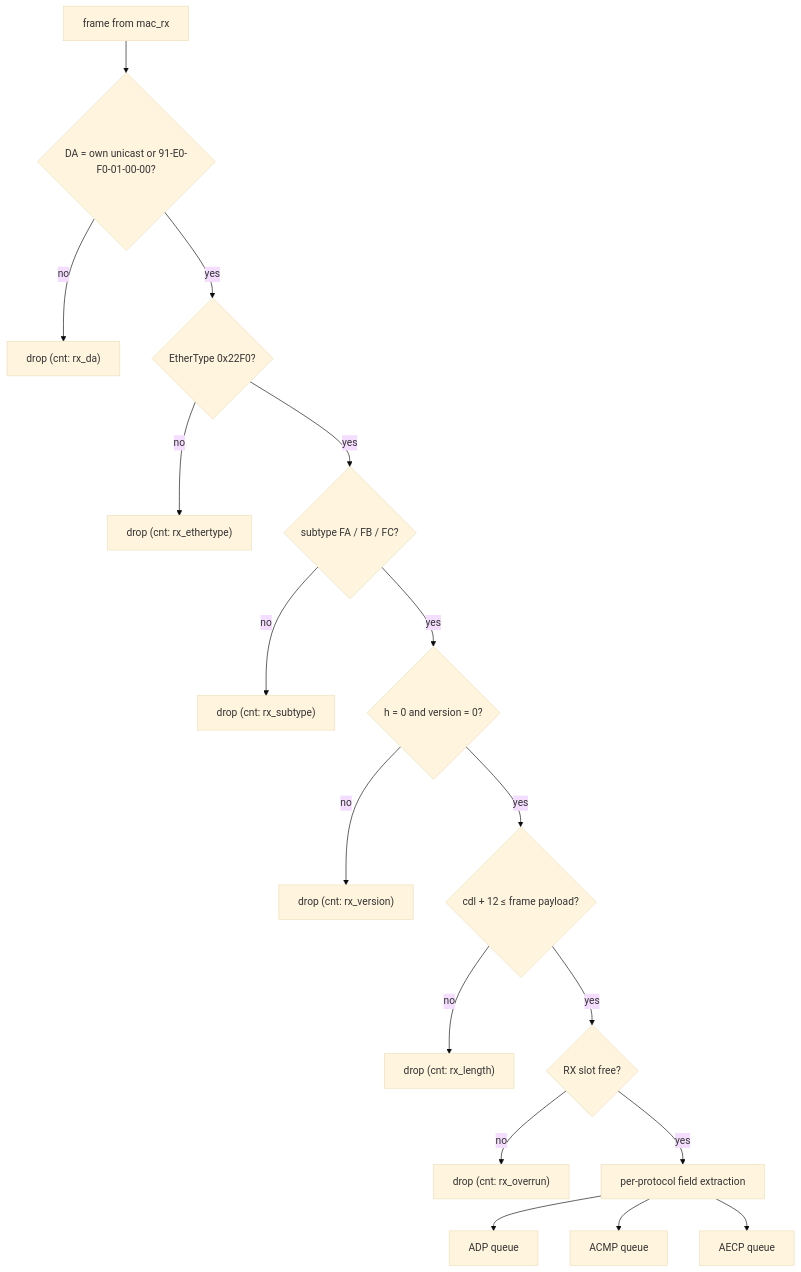
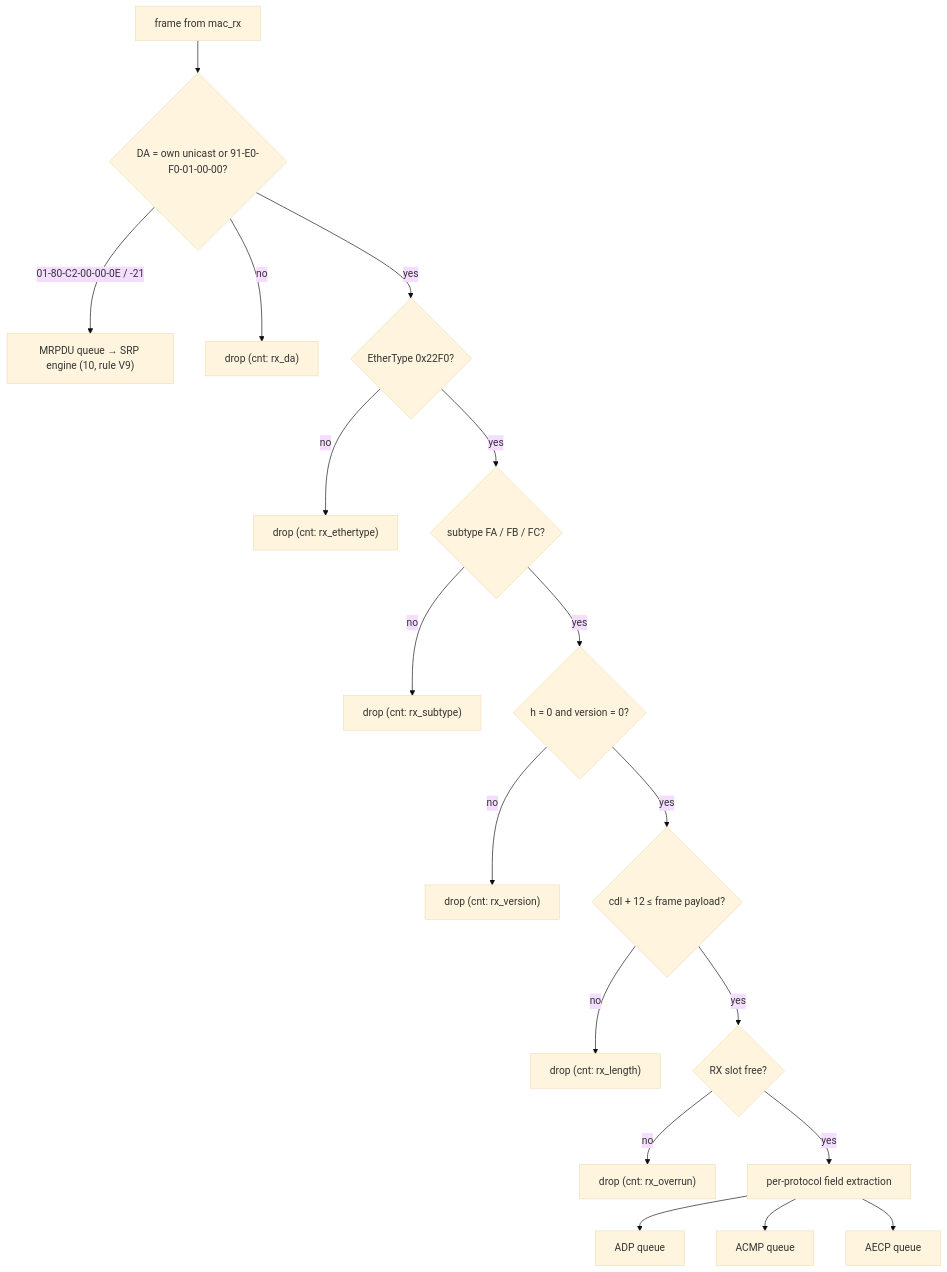
Before and after one commit to Mister-M-alt/protocol-processor-control-plane-avb-milan: the first of 3 diagrams in docs/architecture/03_packet_engine.md, drawn with Mermaid (base theme). The commit also changed other lines of this file and 12 other files, not shown here.

Commit message:
Add SRP endpoint engine document

````diff
--- a/docs/architecture/03_packet_engine.md
+++ b/docs/architecture/03_packet_engine.md
@@ -35,19 +35,20 @@
 ```mermaid
 flowchart TB
   in["frame from mac_rx"] --> da{"DA = own unicast or 91-E0-F0-01-00-00?"}
+  da -- "01-80-C2-00-00-0E / -21" --> mrp["MRPDU queue → SRP engine (10, rule V9)"]
   da -- no --> drop1["drop (cnt: rx_da)"]
   da -- yes --> et{"EtherType 0x22F0?"}
   et -- no --> drop2["drop (cnt: rx_ethertype)"]
   et -- yes --> st{"subtype FA / FB / FC?"}
   st -- no --> drop3["drop (cnt: rx_subtype)"]
   st -- yes --> hv{"h = 0 and version = 0?"}
   hv -- no --> drop4["drop (cnt: rx_version)"]
   hv -- yes --> len{"cdl + 12 &le; frame payload?"}
   len -- no --> drop5["drop (cnt: rx_length)"]
   len -- yes --> slot{"RX slot free?"}
   slot -- no --> drop6["drop (cnt: rx_overrun)"]
   slot -- yes --> extract["per-protocol field extraction"]
   extract --> adpq["ADP queue"]
   extract --> acmpq["ACMP queue"]
   extract --> aecpq["AECP queue"]
 ```
````
